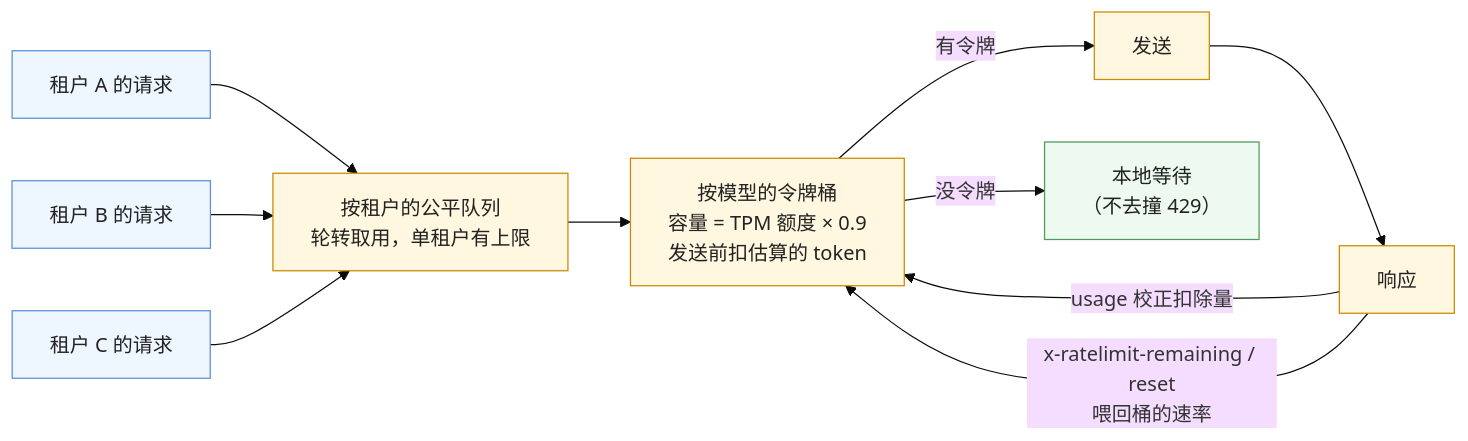
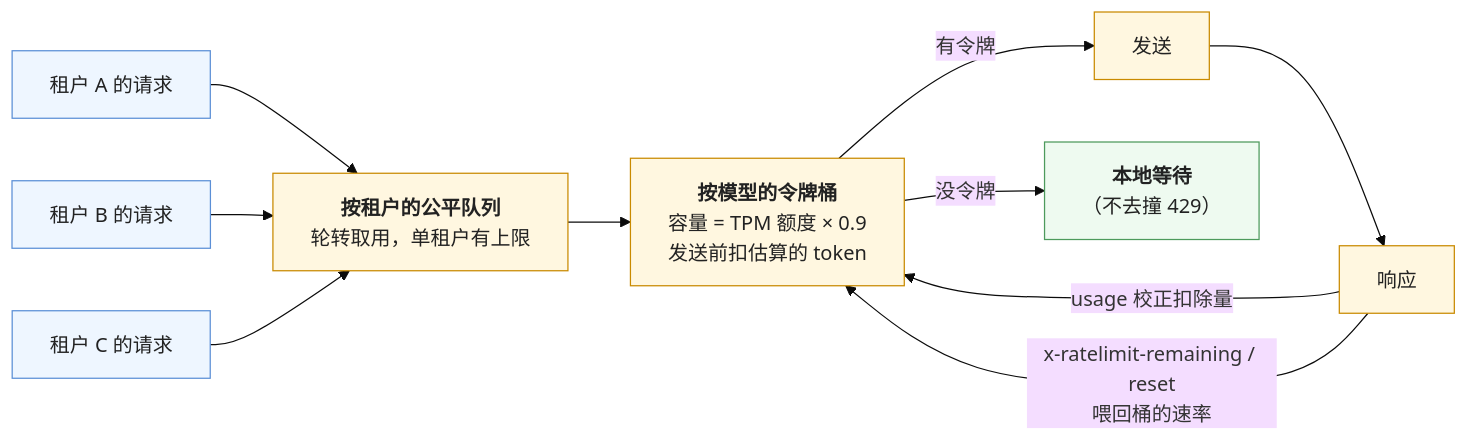
Before and after one commit to arganzheng/arganzheng.github.com: the fifth of 6 diagrams in _posts/2026-10-04-llm-client-engineering-retries-timeouts-streaming-and-rate-limits.md, drawn with Mermaid (base theme). The commit also changed other lines of this file and 6 other files, not shown here.

First line of the commit message:
模型作为组件：契约、失效模式与选型：Mermaid 多行方框的首行标为标题（7 篇）

````diff
--- a/_posts/2026-10-04-llm-client-engineering-retries-timeouts-streaming-and-rate-limits.md
+++ b/_posts/2026-10-04-llm-client-engineering-retries-timeouts-streaming-and-rate-limits.md
@@ -223,17 +223,17 @@
 ```mermaid
 %% 图：客户端限流器的两层——按租户的公平队列防止一个租户吃光额度，按模型的令牌桶把容量定在供应商 TPM 额度的九折、发送前按估算的 token 扣、响应后按 usage 校正、并用限流头动态调整
 flowchart LR
-    T1["租户 A 的请求"] & T2["租户 B 的请求"] & T3["租户 C 的请求"] --> FQ["按租户的公平队列<br/>轮转取用，单租户有上限"]
-    FQ --> TB["按模型的令牌桶<br/>容量 = TPM 额度 × 0.9<br/>发送前扣估算的 token"]
+    T1["租户 A 的请求"] & T2["租户 B 的请求"] & T3["租户 C 的请求"] --> FQ["<b>按租户的公平队列</b><br/>轮转取用，单租户有上限"]
+    FQ --> TB["<b>按模型的令牌桶</b><br/>容量 = TPM 额度 × 0.9<br/>发送前扣估算的 token"]
     TB -->|"有令牌"| SEND["发送"]
-    TB -->|"没令牌"| WAIT["本地等待<br/>（不去撞 429）"]
+    TB -->|"没令牌"| WAIT["<b>本地等待</b><br/>（不去撞 429）"]
     SEND --> RESP["响应"]
     RESP -->|"usage 校正扣除量"| TB
     RESP -->|"x-ratelimit-remaining / reset<br/>喂回桶的速率"| TB
     classDef step fill:#fff7e0,stroke:#c98a00,color:#222
     classDef ok fill:#eefaf0,stroke:#4d9a5c,color:#222
     classDef n fill:#eef6ff,stroke:#5b8fd6,color:#222
     class T1,T2,T3 n
     class FQ,TB,SEND,RESP step
     class WAIT ok
 ```
````
